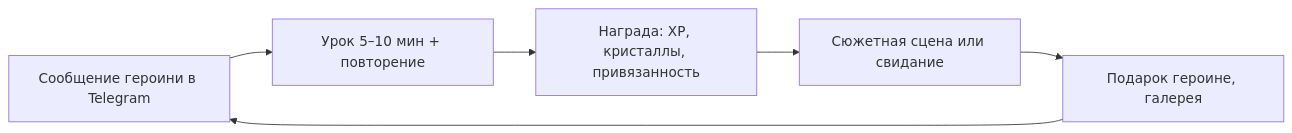
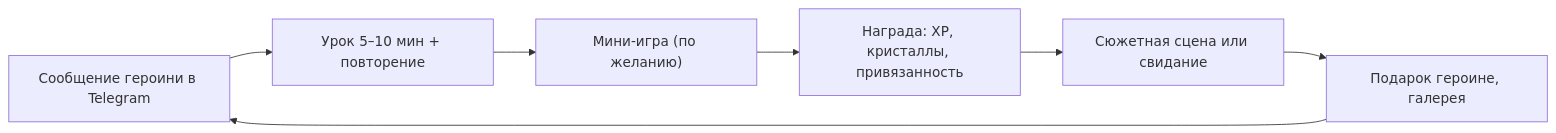
One commit to nook2b/english-learning changed the first of 2 diagrams in docs/00-full-plan.md. Above: the diagram before and after it, drawn with Mermaid. The commit also changed other lines of this file and 7 other files, not shown here.

````diff
--- a/docs/00-full-plan.md
+++ b/docs/00-full-plan.md
@@ -46,8 +47,9 @@
 ```mermaid
 flowchart LR
   Q["Сообщение героини в Telegram"] --> L["Урок 5–10 мин + повторение"]
-  L --> R["Награда: XP, кристаллы, привязанность"]
+  L --> M["Мини-игра (по желанию)"]
+  M --> R["Награда: XP, кристаллы, привязанность"]
   R --> S["Сюжетная сцена или свидание"]
   S --> G["Подарок героине, галерея"]
   G --> Q
 ```
````
